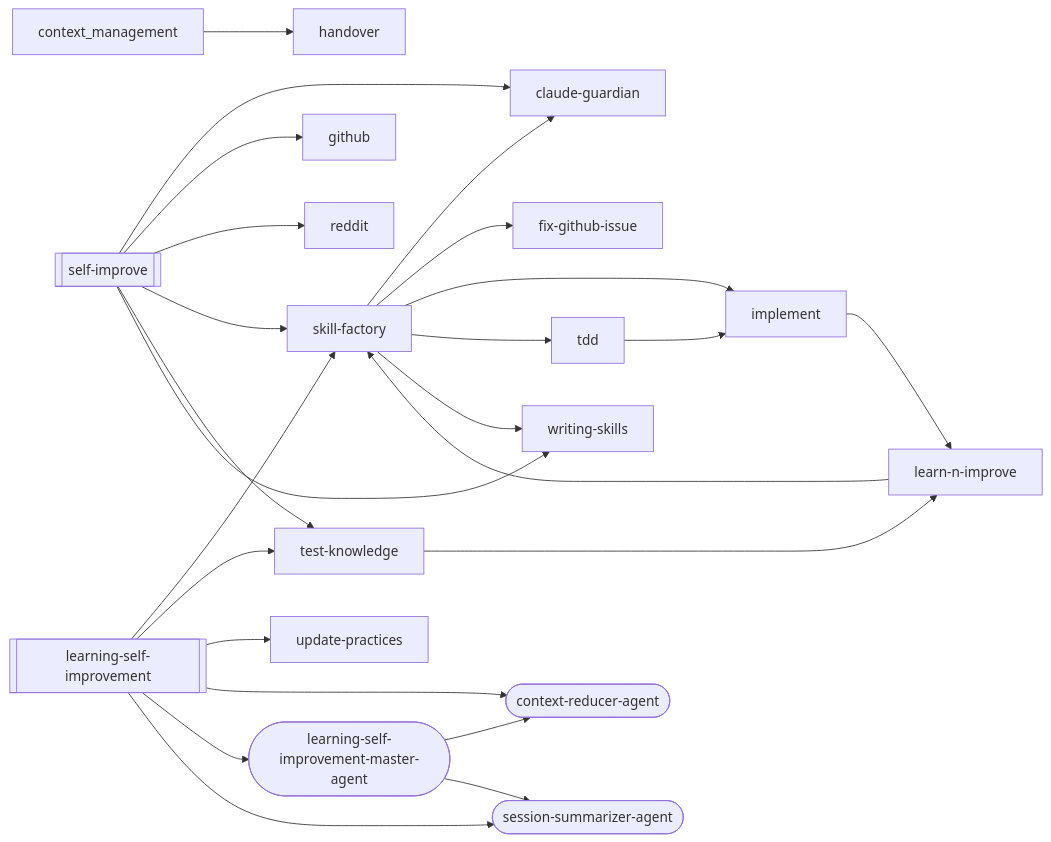
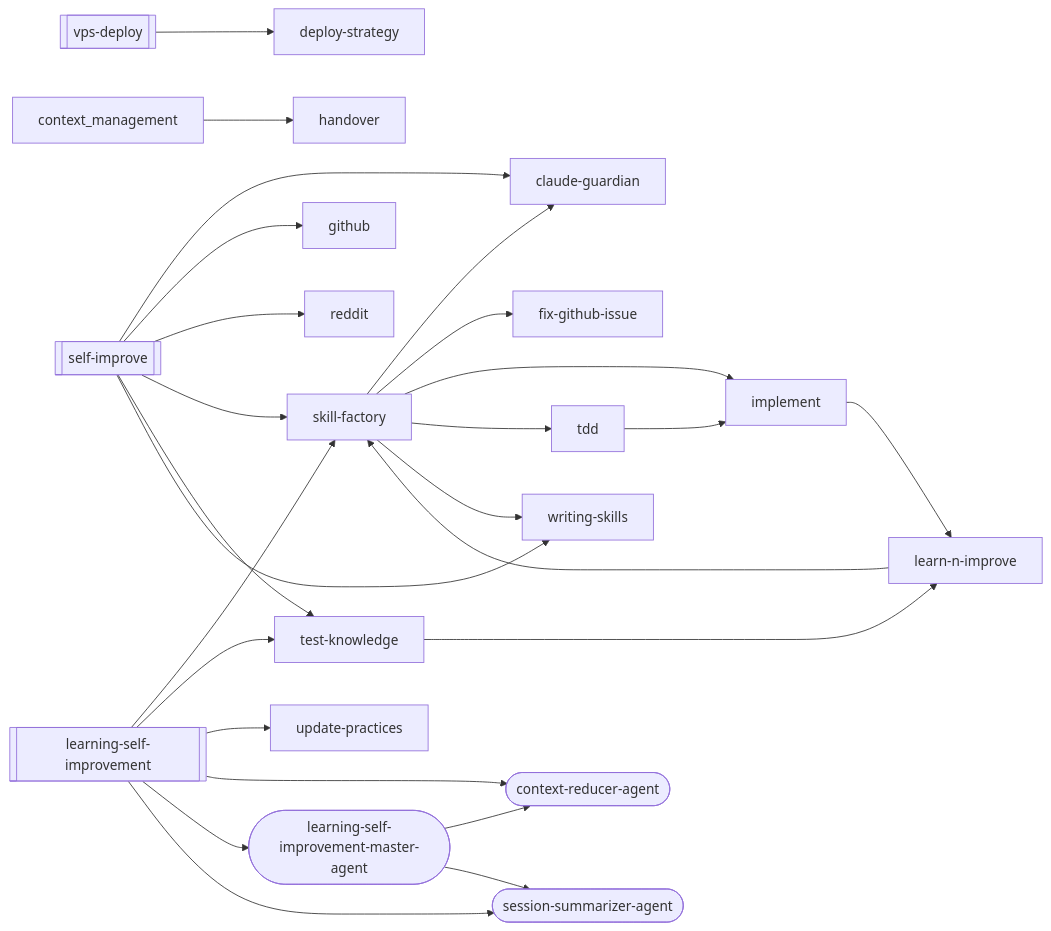
Before and after one commit to abhayla/claude-best-practices: the third of 22 diagrams in docs/workflows/learning-self-improvement.md, drawn with Mermaid. The commit also changed other lines of this file and 22 other files, not shown here.

First line of the commit message:
feat(skills): add vps-deploy — SSH+rsync deploy to a self-managed Linux VPS (Migration 2.3 / readiness Unit 3)

````diff
--- a/docs/workflows/learning-self-improvement.md
+++ b/docs/workflows/learning-self-improvement.md
@@ -364,44 +407,47 @@
 ```mermaid
 graph LR
     learning_self_improvement[["learning-self-improvement"]]
     self_improve[["self-improve"]]
+    vps_deploy[["vps-deploy"]]
     claude_guardian["claude-guardian"]
     context_reducer_agent(["context-reducer-agent"])
+    deploy_strategy["deploy-strategy"]
     fix_github_issue["fix-github-issue"]
     github["github"]
     handover["handover"]
     implement["implement"]
     learn_n_improve["learn-n-improve"]
     learning_self_improvement_master_agent(["learning-self-improvement-master-agent"])
     reddit["reddit"]
     session_summarizer_agent(["session-summarizer-agent"])
     skill_factory["skill-factory"]
     tdd["tdd"]
     test_knowledge["test-knowledge"]
     update_practices["update-practices"]
     writing_skills["writing-skills"]
     implement --> learn_n_improve
     learn_n_improve --> skill_factory
     learning_self_improvement --> skill_factory
     learning_self_improvement --> test_knowledge
     learning_self_improvement --> update_practices
     learning_self_improvement --> context_reducer_agent
     learning_self_improvement --> learning_self_improvement_master_agent
     learning_self_improvement --> session_summarizer_agent
     skill_factory --> claude_guardian
     skill_factory --> fix_github_issue
     skill_factory --> implement
     skill_factory --> tdd
     skill_factory --> writing_skills
     tdd --> implement
     test_knowledge --> learn_n_improve
+    vps_deploy --> deploy_strategy
     self_improve --> claude_guardian
     self_improve --> github
     self_improve --> reddit
     self_improve --> skill_factory
     self_improve --> test_knowledge
     self_improve --> writing_skills
     learning_self_improvement_master_agent --> context_reducer_agent
     learning_self_improvement_master_agent --> session_summarizer_agent
     context_management --> handover
 ```
````
